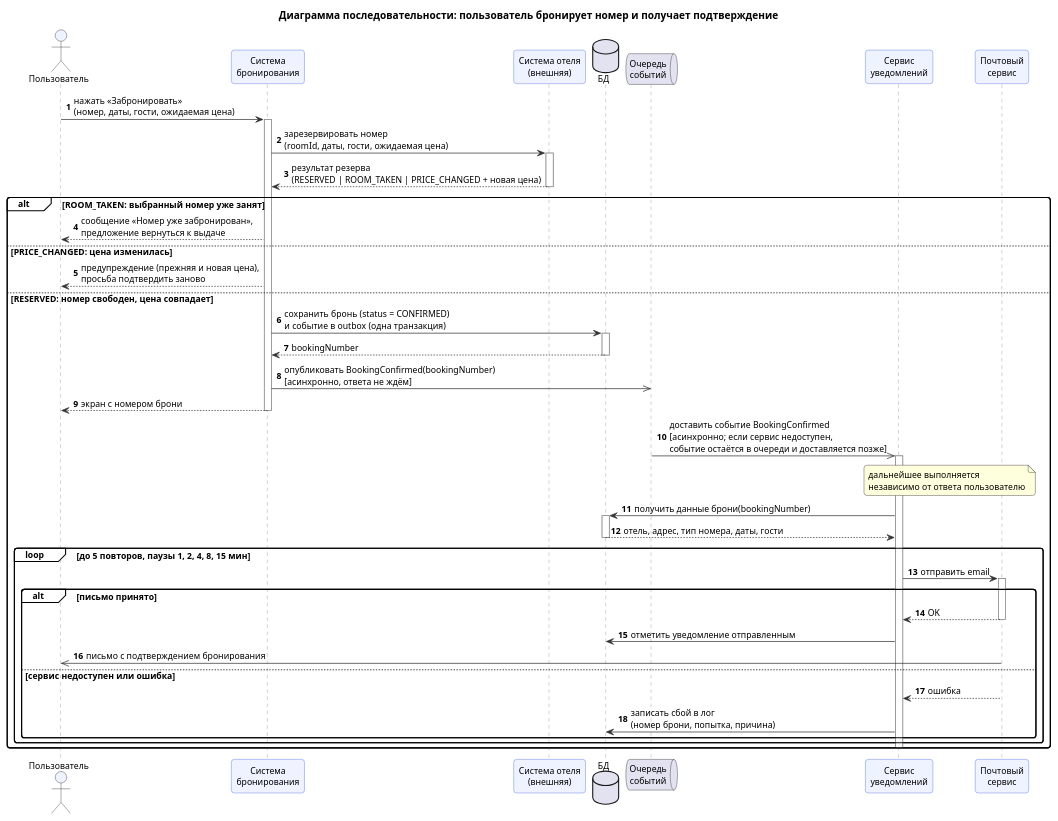
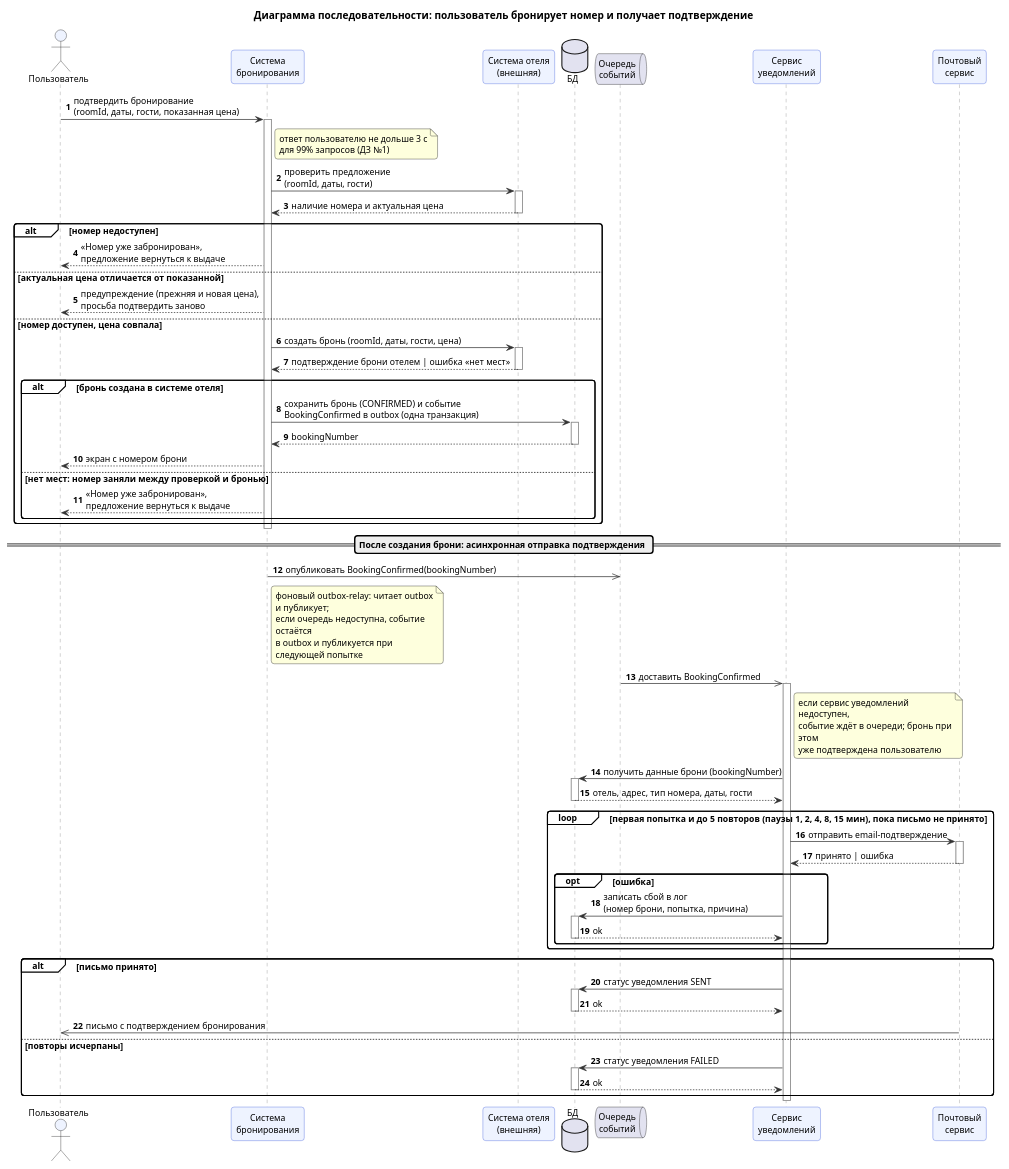
The diagram in hw2/1_3_sequence.puml (Remsely/cu-system-analysis), drawn with PlantUML before and after one commit. The commit also changed 1 other file, not shown here.

Commit message:
fix: split hotel offer check and reservation in sequence and activity
Hotel APIs do not answer a reservation with RESERVED / ROOM_TAKEN /
PRICE_CHANGED. Supplier APIs expose a separate price check / prebook
(availability + current price), and the reservation itself returns
success or error. Comparing prices with the shown one is our logic.

Sequence:
- check offer -> alt (unavailable / price differs / ok) -> create
  reservation -> nested alt for the race between check and booking;
- outbox relay publishes asynchronously after the response; notes cover
  unavailable queue and notification service;
- retry loop ends when the email is accepted, every sync call has a
  return arrow and balanced activations, final SENT/FAILED status;
- note with the 3 s / 99% requirement from hw1.

Activity: offer check and reservation are separate steps, matching
the use case includes "Получить актуальную цену" and
"Зарезервировать номер в отеле".

Claude-Session: https://claude.ai/code/session_01GqxdLWzwTh89iq96gpoYoC

```diff
--- a/hw2/1_3_sequence.puml
+++ b/hw2/1_3_sequence.puml
@@ -1,67 +1,98 @@
 @startuml
 skinparam shadowing false
 skinparam defaultFontSize 12
 skinparam backgroundColor white
 skinparam roundCorner 8
 skinparam ArrowColor #333333
 skinparam wrapWidth 220
 title Диаграмма последовательности: пользователь бронирует номер и получает подтверждение
 skinparam sequence {
   ParticipantBackgroundColor #EEF3FF
   ParticipantBorderColor #3B5BDB
   ActorBackgroundColor #EEF3FF
   LifeLineBorderColor #888888
   GroupBackgroundColor #FFFFFF
 }
 autonumber "<b>0"
 actor "Пользователь" as U
 participant "Система\nбронирования" as W
 participant "Система отеля\n(внешняя)" as H
 database "БД" as DB
 queue "Очередь\nсобытий" as Q
 participant "Сервис\nуведомлений" as N
 participant "Почтовый\nсервис" as M
 
-U -> W : нажать «Забронировать»\n(номер, даты, гости, ожидаемая цена)
+U -> W : подтвердить бронирование\n(roomId, даты, гости, показанная цена)
 activate W
-W -> H : зарезервировать номер\n(roomId, даты, гости, ожидаемая цена)
+note right of W : ответ пользователю не дольше 3 с\nдля 99% запросов (ДЗ №1)
+W -> H : проверить предложение\n(roomId, даты, гости)
 activate H
-H --> W : результат резерва\n(RESERVED | ROOM_TAKEN | PRICE_CHANGED + новая цена)
+H --> W : наличие номера и актуальная цена
 deactivate H
 
-alt ROOM_TAKEN: выбранный номер уже занят
-  W --> U : сообщение «Номер уже забронирован»,\nпредложение вернуться к выдаче
-else PRICE_CHANGED: цена изменилась
+alt номер недоступен
+  W --> U : «Номер уже забронирован»,\nпредложение вернуться к выдаче
+else актуальная цена отличается от показанной
   W --> U : предупреждение (прежняя и новая цена),\nпросьба подтвердить заново
-else RESERVED: номер свободен, цена совпадает
-  W -> DB : сохранить бронь (status = CONFIRMED)\nи событие в outbox (одна транзакция)
+else номер доступен, цена совпала
+  W -> H : создать бронь (roomId, даты, гости, цена)
+  activate H
+  H --> W : подтверждение брони отелем | ошибка «нет мест»
+  deactivate H
+  alt бронь создана в системе отеля
+    W -> DB : сохранить бронь (CONFIRMED) и событие\nBookingConfirmed в outbox (одна транзакция)
+    activate DB
+    DB --> W : bookingNumber
+    deactivate DB
+    W --> U : экран с номером брони
+  else нет мест: номер заняли между проверкой и бронью
+    W --> U : «Номер уже забронирован»,\nпредложение вернуться к выдаче
+  end
+end
+deactivate W
+
+== После создания брони: асинхронная отправка подтверждения ==
+
+W ->> Q : опубликовать BookingConfirmed(bookingNumber)
+note right of W
+  фоновый outbox-relay: читает outbox и публикует;
+  если очередь недоступна, событие остаётся
+  в outbox и публикуется при следующей попытке
+end note
+Q ->> N : доставить BookingConfirmed
+note right of N
+  если сервис уведомлений недоступен,
+  событие ждёт в очереди; бронь при этом
+  уже подтверждена пользователю
+end note
+activate N
+N -> DB : получить данные брони (bookingNumber)
+activate DB
+DB --> N : отель, адрес, тип номера, даты, гости
+deactivate DB
+loop первая попытка и до 5 повторов (паузы 1, 2, 4, 8, 15 мин), пока письмо не принято
+  N -> M : отправить email-подтверждение
+  activate M
+  M --> N : принято | ошибка
+  deactivate M
+  opt ошибка
+    N -> DB : записать сбой в лог\n(номер брони, попытка, причина)
+    activate DB
+    DB --> N : ok
+    deactivate DB
+  end
+end
+alt письмо принято
+  N -> DB : статус уведомления SENT
   activate DB
-  DB --> W : bookingNumber
+  DB --> N : ok
   deactivate DB
-  W ->> Q : опубликовать BookingConfirmed(bookingNumber)\n[асинхронно, ответа не ждём]
-  W --> U : экран с номером брони
-  deactivate W
-  Q ->> N : доставить событие BookingConfirmed\n[асинхронно; если сервис недоступен,\nсобытие остаётся в очереди и доставляется позже]
-
-  note over N, M : дальнейшее выполняется независимо от ответа пользователю
-  activate N
-  N -> DB : получить данные брони(bookingNumber)
+  M ->> U : письмо с подтверждением бронирования
+else повторы исчерпаны
+  N -> DB : статус уведомления FAILED
   activate DB
-  DB --> N : отель, адрес, тип номера, даты, гости
+  DB --> N : ok
   deactivate DB
-  loop до 5 повторов, паузы 1, 2, 4, 8, 15 мин
-    N -> M : отправить email
-    activate M
-    alt письмо принято
-      M --> N : OK
-      deactivate M
-      N -> DB : отметить уведомление отправленным
-      M ->> U : письмо с подтверждением бронирования
-    else сервис недоступен или ошибка
-      M --> N : ошибка
-      N -> DB : записать сбой в лог\n(номер брони, попытка, причина)
-    end
-  end
-  deactivate N
 end
+deactivate N
 @enduml
```
